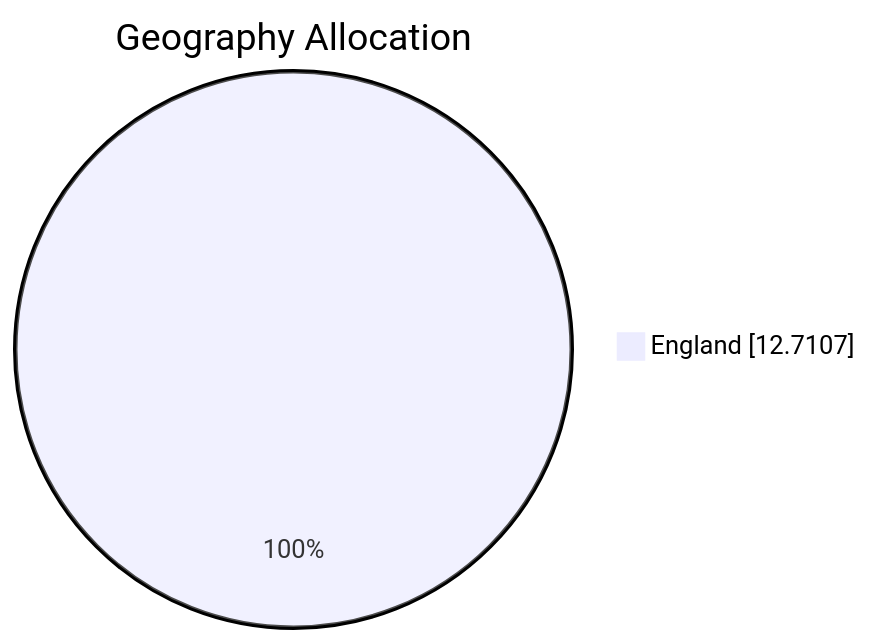
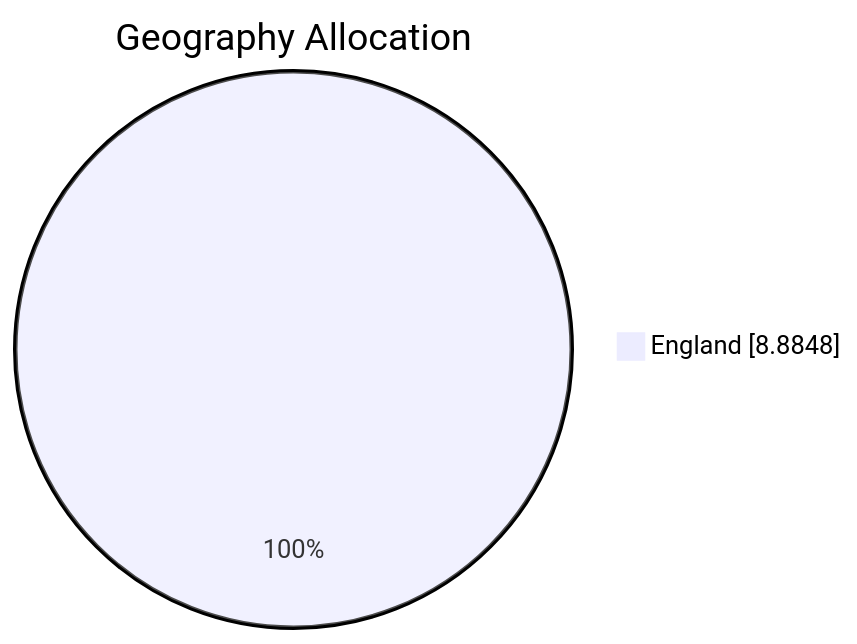
Before and after one commit to Liangxiao-LI/Quant_projects: the second of 3 diagrams in VCAnalysis/MEIF_Dashboard/README_brief.md, drawn with Mermaid. The commit also changed other lines of this file and 3 other files, not shown here.

````diff
--- a/VCAnalysis/MEIF_Dashboard/README_brief.md
+++ b/VCAnalysis/MEIF_Dashboard/README_brief.md
@@ -51,5 +53,5 @@
 ```mermaid
 pie showData
     title Geography Allocation
-    "England" : 12.7107
+    "England" : 8.8848
 ```
````
